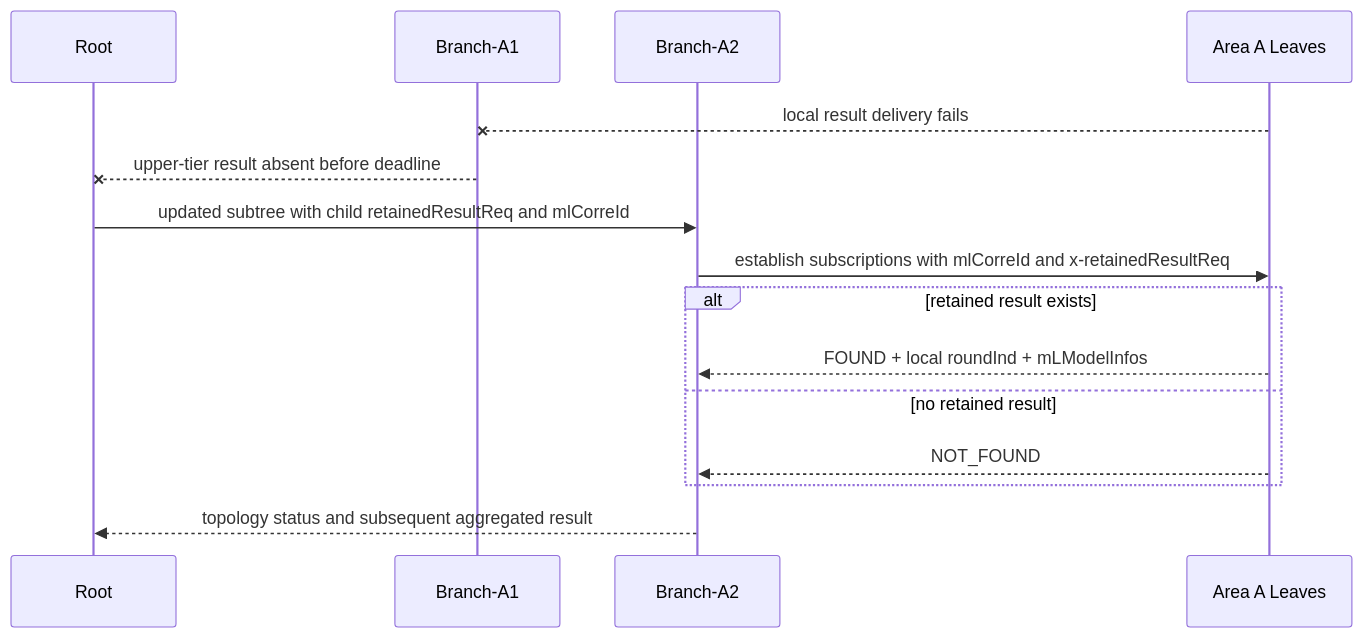
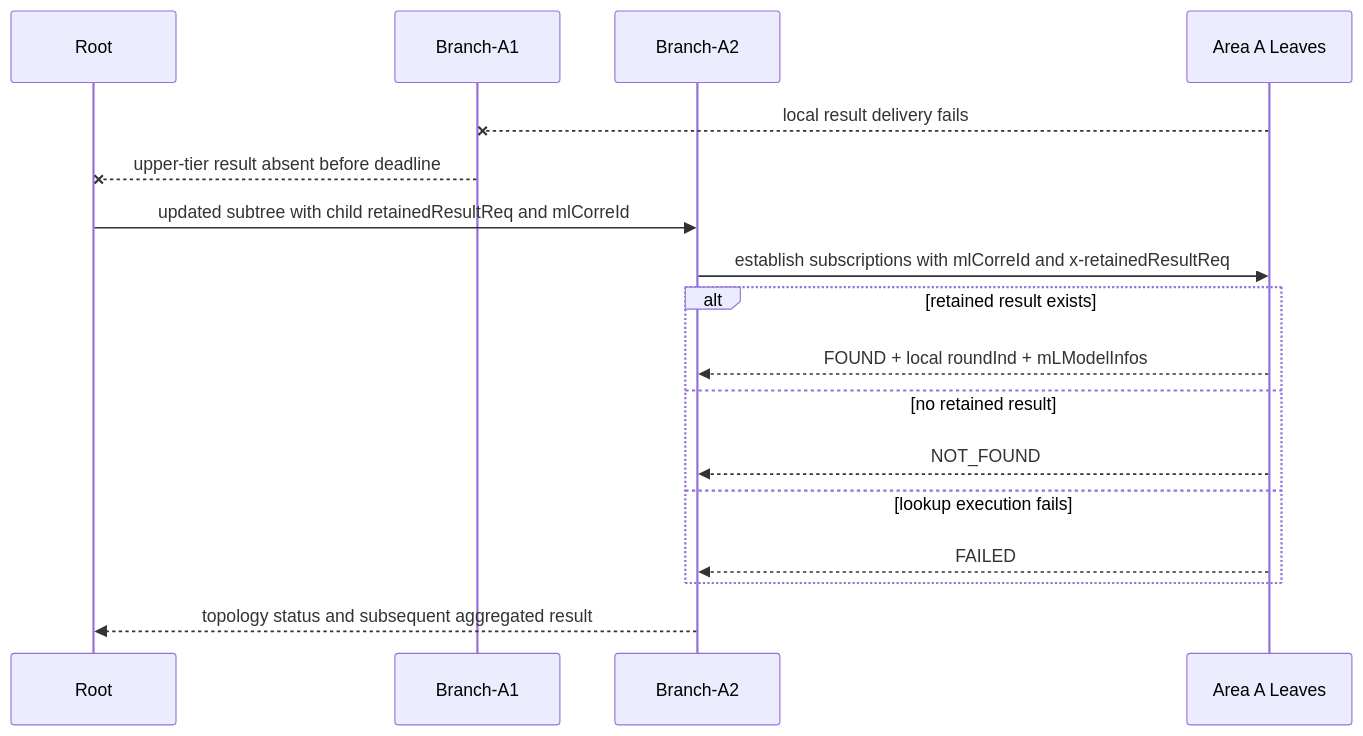
Before and after one commit to ChingJe/nwdaf-docs: the second of 2 diagrams in docs/design/hierarchical-federated-learning/branch_replacement_scenario.md, drawn with Mermaid. The commit also changed other lines of this file and 5 other files, not shown here.

Commit message:
docs(hfl): define candidate hierarchical FL protocol schema

````diff
--- a/docs/design/hierarchical-federated-learning/branch_replacement_scenario.md
+++ b/docs/design/hierarchical-federated-learning/branch_replacement_scenario.md
@@ -84,18 +85,20 @@
 ```mermaid
 sequenceDiagram
     participant R as Root
     participant A1 as Branch-A1
     participant A2 as Branch-A2
     participant L as Area A Leaves
 
     L--xA1: local result delivery fails
     A1--xR: upper-tier result absent before deadline
     R->>A2: updated subtree with child retainedResultReq and mlCorreId
     A2->>L: establish subscriptions with mlCorreId and x-retainedResultReq
     alt retained result exists
         L-->>A2: FOUND + local roundInd + mLModelInfos
     else no retained result
         L-->>A2: NOT_FOUND
+    else lookup execution fails
+        L-->>A2: FAILED
     end
     A2-->>R: topology status and subsequent aggregated result
 ```
````
